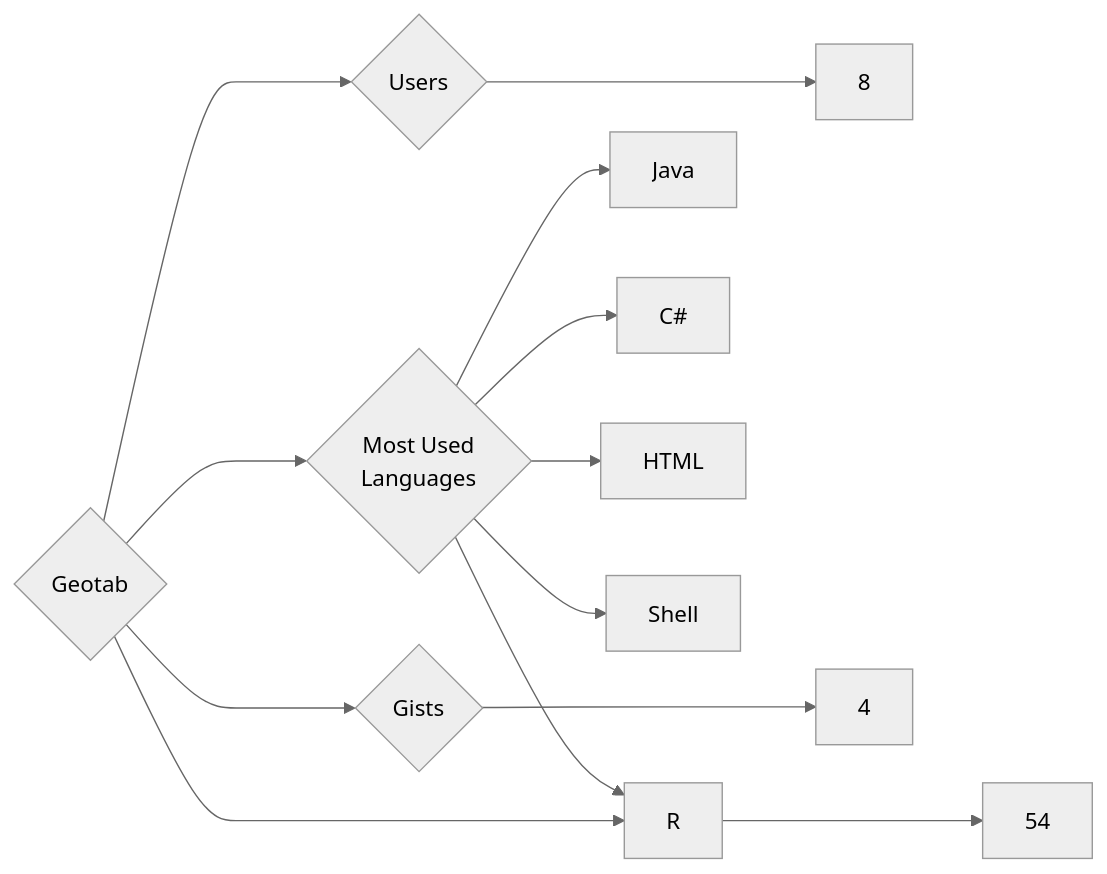
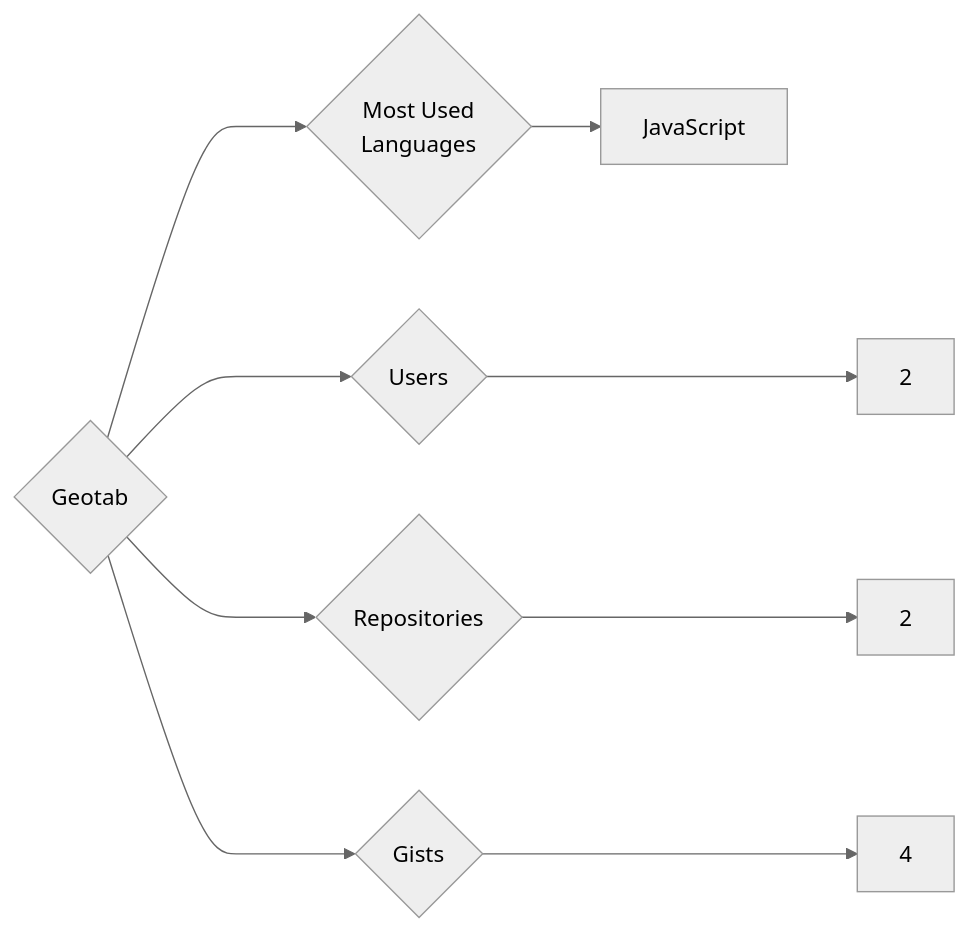
One commit to trickest/insiders changed the diagram in targets/Geotab/README.md. Above: the diagram before and after it, drawn with Mermaid (neutral theme). The commit also changed 783 other files, not shown here.

````diff
--- a/targets/Geotab/README.md
+++ b/targets/Geotab/README.md
@@ -3,13 +3,9 @@
 ```mermaid
 graph LR
 COMPANY_NAME{Geotab}
-COMPANY_NAME ---> U{Users} ---> UN[8]
-COMPANY_NAME ---> R{Repositories} ---> RN[54]
+COMPANY_NAME ---> U{Users} ---> UN[2]
+COMPANY_NAME ---> R{Repositories} ---> RN[2]
 COMPANY_NAME ---> G{Gists} ---> GN[4]
 COMPANY_NAME ---> ML{Most Used<br>Languages}
-ML --> Java[Java]
-ML --> C#[C#]
-ML --> R[R]
-ML --> HTML[HTML]
-ML --> Shell[Shell]
+ML --> JavaScript[JavaScript]
 ```
````
